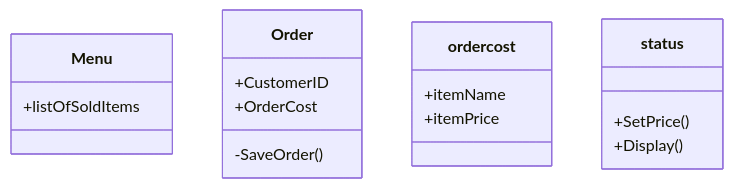
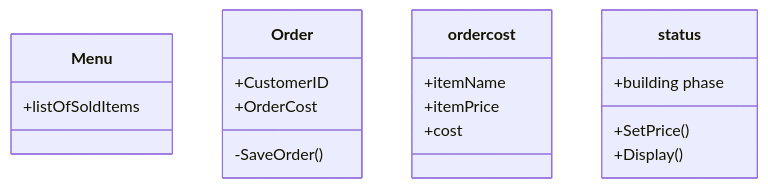
Before and after one commit to Anthony-Vang11/ICS372-AnthonyVang: the diagram in week-02/individual-sketch-2.md, drawn with Mermaid.

````diff
--- a/week-02/individual-sketch-2.md
+++ b/week-02/individual-sketch-2.md
@@ -31,20 +31,23 @@
 ```mermaid
 classDiagram
 class Menu{
 +listOfSoldItems
 
 }
 class Order{
 +CustomerID
 +OrderCost
 -SaveOrder()
 }
 class order cost{
 +itemName
 +itemPrice
++cost
 }
 class status{
 +SetPrice()
 +Display()
++building phase
+
 }
 ```
````
